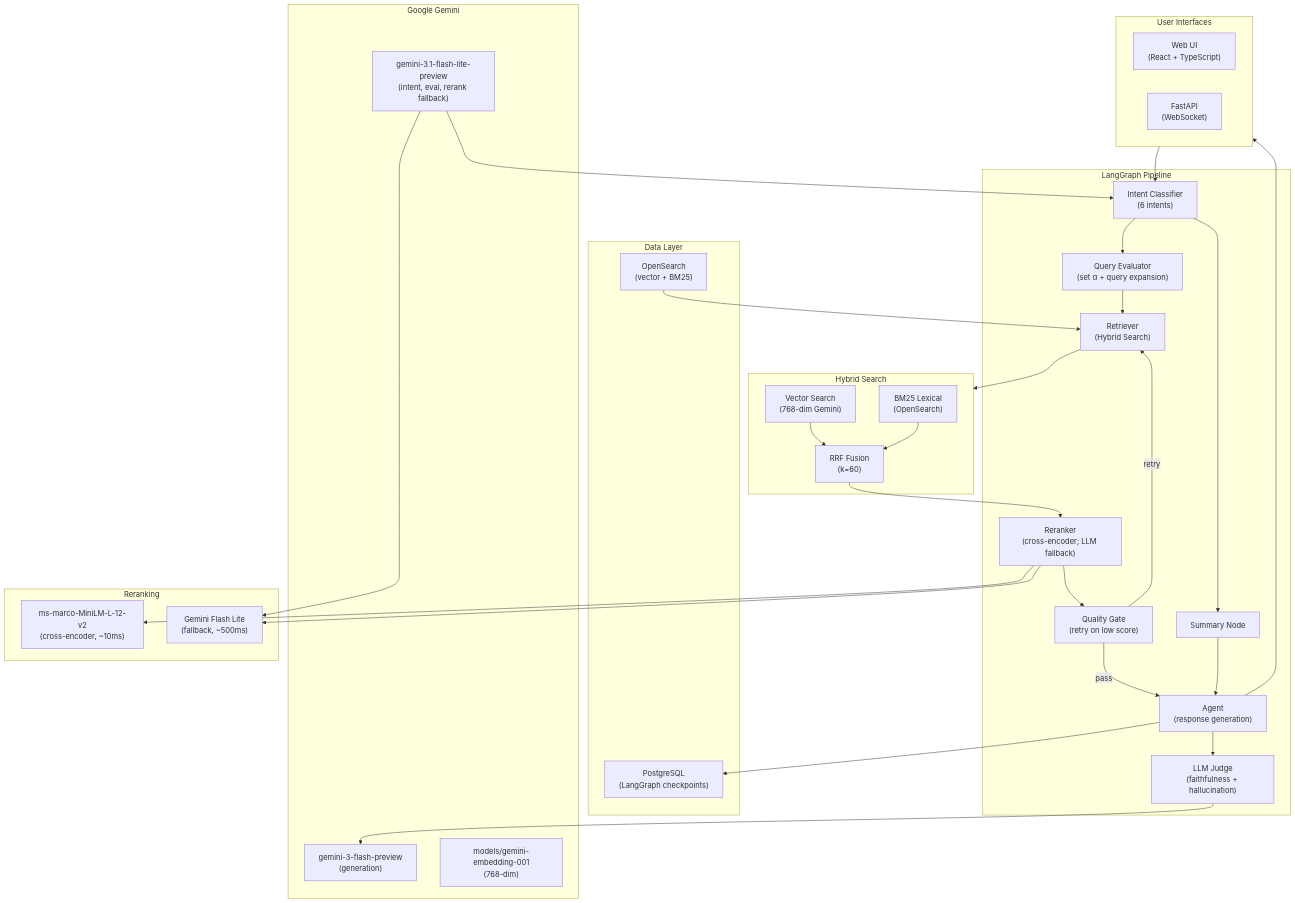
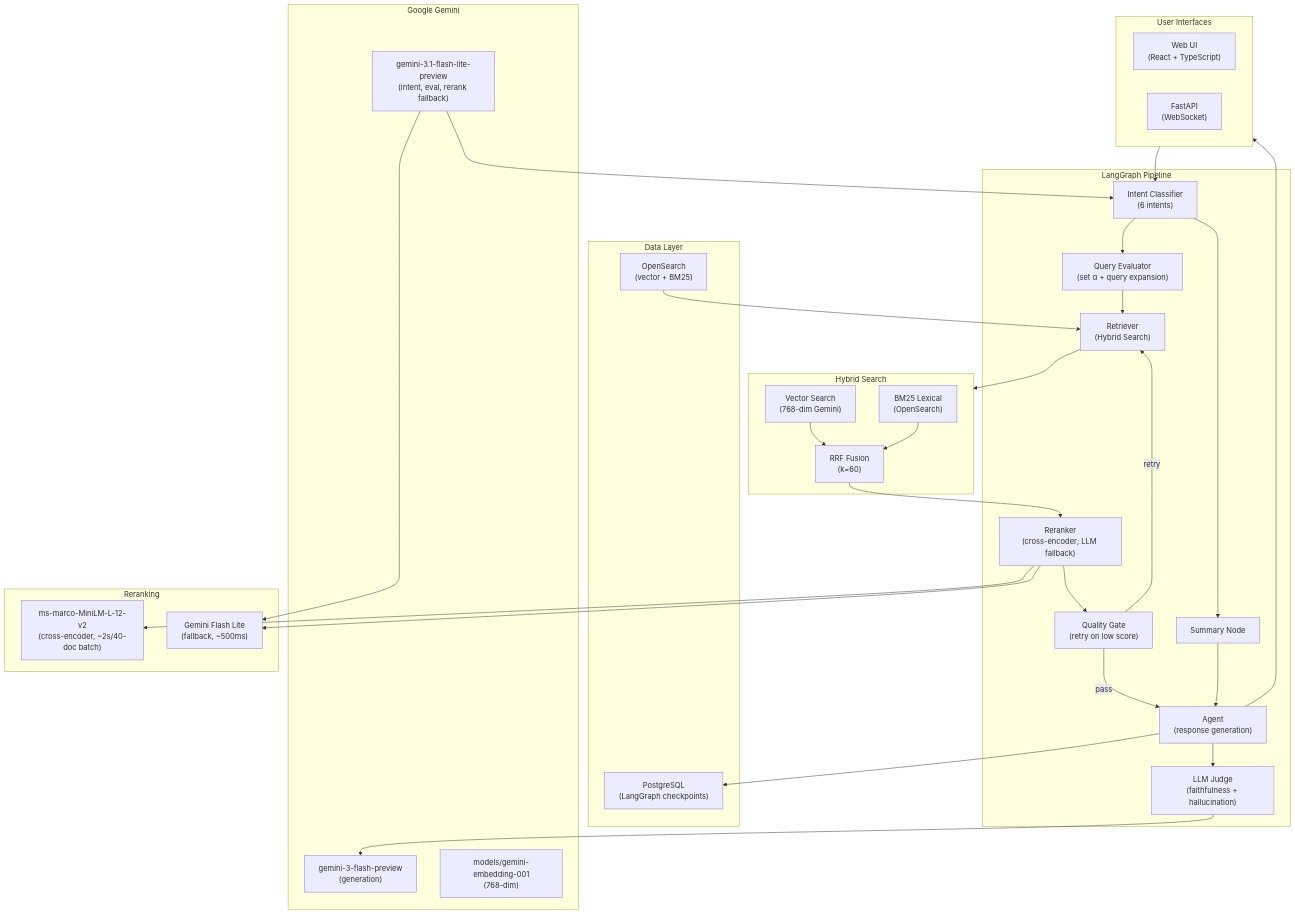
Before and after one commit to kmwtechnology/opensearch2026-agentic-search: the diagram in README.md, drawn with Mermaid. The commit also changed other lines of this file and 24 other files, not shown here.

````diff
--- a/README.md
+++ b/README.md
@@ -148,62 +150,62 @@
 ```mermaid
 flowchart TB
     subgraph UI["User Interfaces"]
         WEB["Web UI<br/>(React + TypeScript)"]
         API["FastAPI<br/>(WebSocket)"]
     end
 
     subgraph Pipeline["LangGraph Pipeline"]
         IC["Intent Classifier<br/>(6 intents)"]
         QE["Query Evaluator<br/>(set α + query expansion)"]
         RET["Retriever<br/>(Hybrid Search)"]
         RERANK["Reranker<br/>(cross-encoder; LLM fallback)"]
         QG["Quality Gate<br/>(retry on low score)"]
         SUM["Summary Node"]
         AGENT["Agent<br/>(response generation)"]
         JUDGE["LLM Judge<br/>(faithfulness + hallucination)"]
     end
 
     subgraph Search["Hybrid Search"]
         VS["Vector Search<br/>(768-dim Gemini)"]
         BM25["BM25 Lexical<br/>(OpenSearch)"]
         RRF["RRF Fusion<br/>(k=60)"]
     end
 
     subgraph Storage["Data Layer"]
         IDX["OpenSearch<br/>(vector + BM25)"]
         CHK["PostgreSQL<br/>(LangGraph checkpoints)"]
     end
 
     subgraph GoogleAI["Google Gemini"]
         LLM["gemini-3-flash-preview<br/>(generation)"]
         CLASSIFIER["gemini-3.1-flash-lite-preview<br/>(intent, eval, rerank fallback)"]
         EMB["models/gemini-embedding-001<br/>(768-dim)"]
     end
 
     subgraph Reranking["Reranking"]
-        CE["ms-marco-MiniLM-L-12-v2<br/>(cross-encoder, ~10ms)"]
+        CE["ms-marco-MiniLM-L-12-v2<br/>(cross-encoder, ~2s/40-doc batch)"]
         LLMR["Gemini Flash Lite<br/>(fallback, ~500ms)"]
     end
 
     UI --> IC
     IC --> QE
     IC --> SUM
     QE --> RET
     RET --> Search
     VS --> RRF
     BM25 --> RRF
     RRF --> RERANK
     RERANK --> CE
     RERANK --> LLMR
     RERANK --> QG
     QG -->|retry| RET
     QG -->|pass| AGENT
     SUM --> AGENT
     AGENT --> JUDGE
     JUDGE --> LLM
     AGENT --> UI
     AGENT --> CHK
     IDX --> RET
     CLASSIFIER --> IC
     CLASSIFIER --> LLMR
 ```
````
